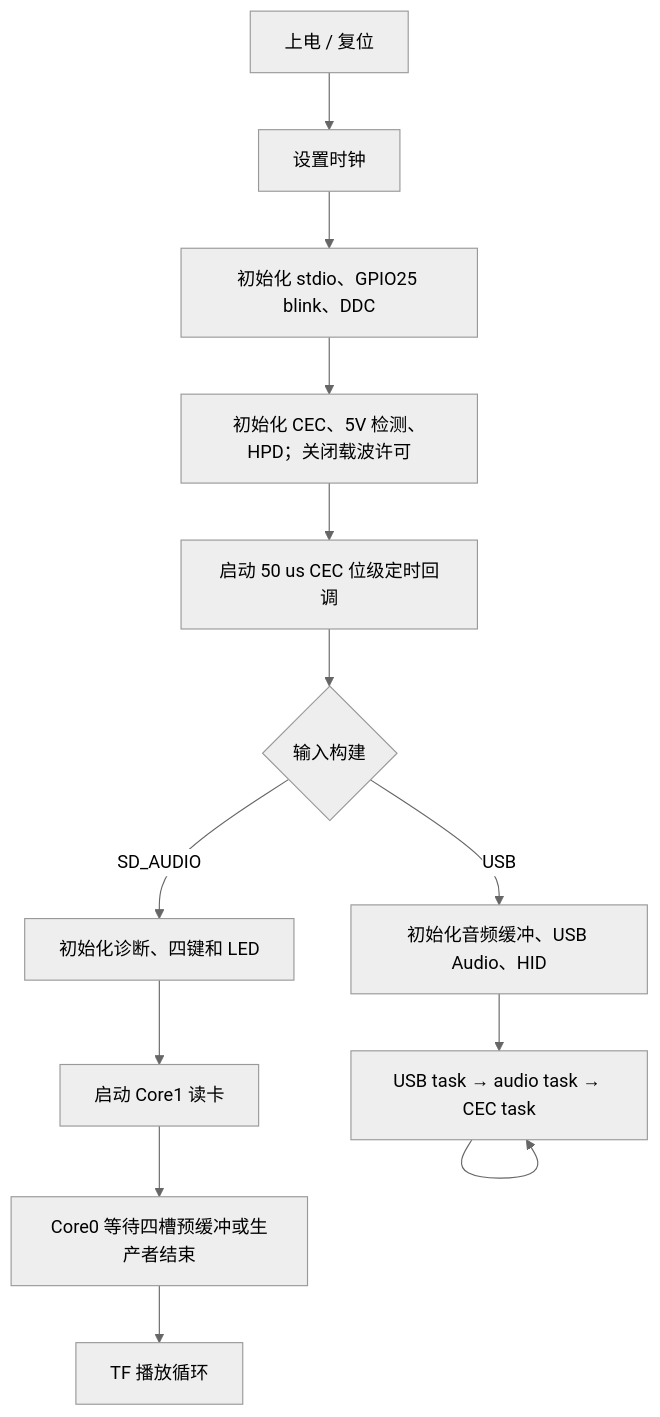
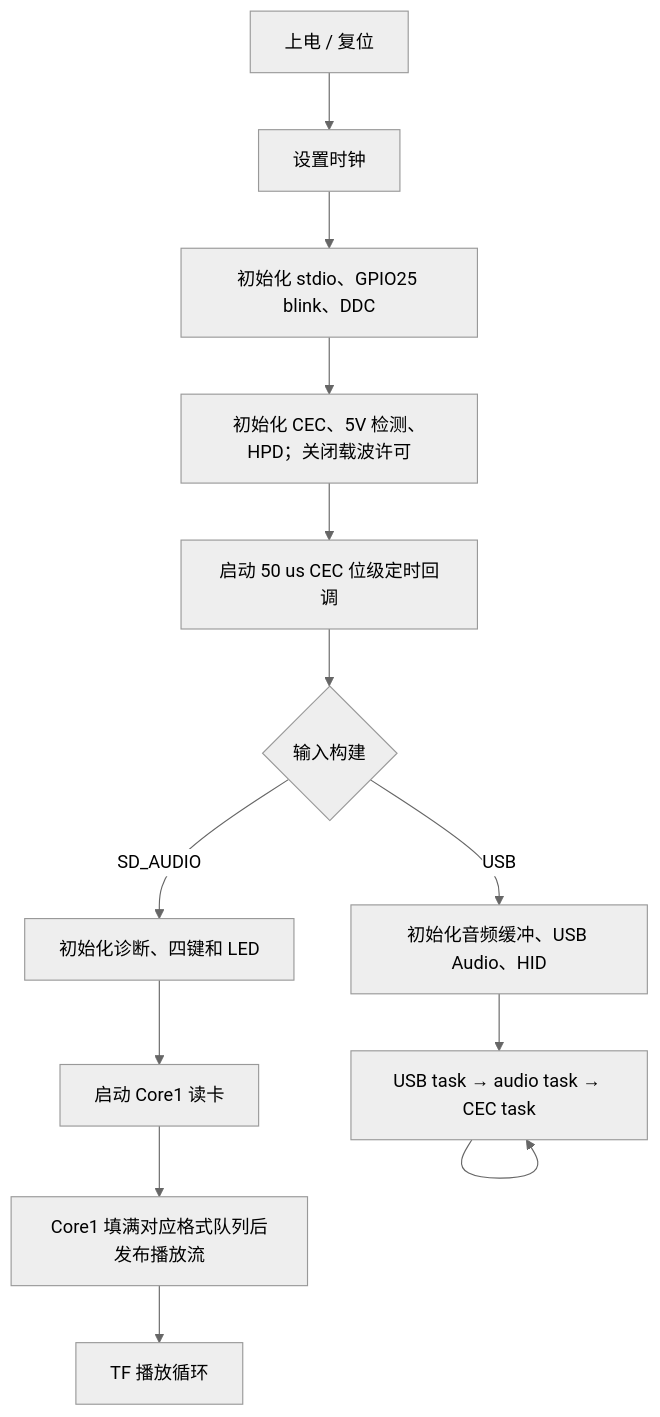
Before and after one commit to Leihognlun/pico-dac2: the second of 5 diagrams in PROGRAM_LOGIC.md, drawn with Mermaid (neutral theme). The commit also changed other lines of this file and 5 other files, not shown here.

````diff
--- a/PROGRAM_LOGIC.md
+++ b/PROGRAM_LOGIC.md
@@ -77,15 +78,15 @@
 ```mermaid
 flowchart TD
     BOOT[上电 / 复位] --> CLOCK[设置时钟]
     CLOCK --> INIT[初始化 stdio、GPIO25 blink、DDC]
     INIT --> CEC[初始化 CEC、5V 检测、HPD；关闭载波许可]
     CEC --> TIMER[启动 50 us CEC 位级定时回调]
     TIMER --> MODE{输入构建}
     MODE -->|SD_AUDIO| KEYS[初始化诊断、四键和 LED]
     KEYS --> CORE[启动 Core1 读卡]
-    CORE --> PRE[Core0 等待四槽预缓冲或生产者结束]
+    CORE --> PRE[Core1 填满对应格式队列后发布播放流]
     PRE --> SD[TF 播放循环]
     MODE -->|USB| USB[初始化音频缓冲、USB Audio、HID]
     USB --> LOOP[USB task → audio task → CEC task]
     LOOP --> LOOP
 ```
````
